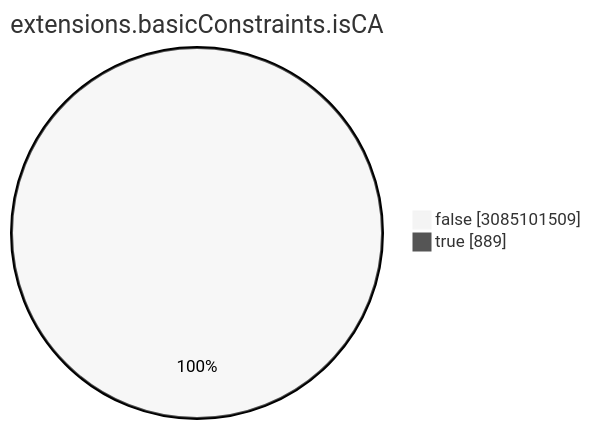
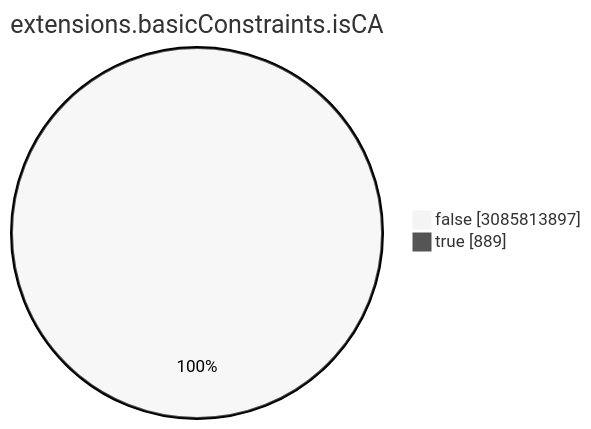
One commit to christiankrug/ctmonitor_visualization changed the seventh of 15 diagrams in TOTAL/README.md. Above: the diagram before and after it, drawn with Mermaid (neutral theme). The commit also changed other lines of this file, not shown here.

````diff
--- a/TOTAL/README.md
+++ b/TOTAL/README.md
@@ -3088,6 +3088,6 @@
 ```mermaid
 pie showData
 title extensions.basicConstraints.isCA
-"false" :3085101509
+"false" :3085813897
 "true" :889
 ```
````
